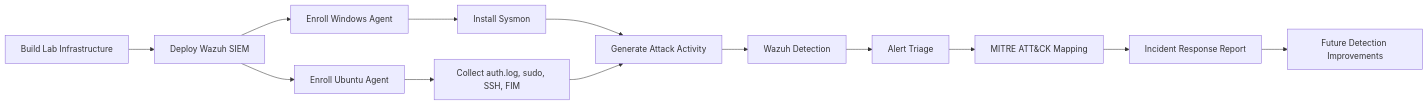
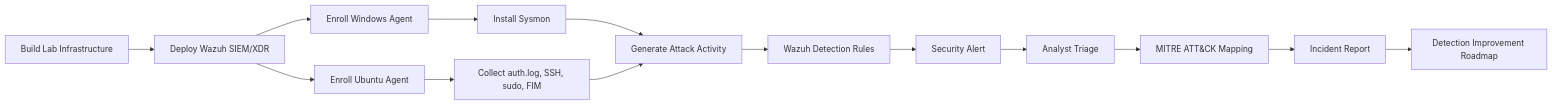
Before and after one commit to Jazz00001/enterprise-soc-lab-wazuh-mitre-detection: the first of 7 diagrams in README.md, drawn with Mermaid. The commit also changed other lines of this file, not shown here.

````diff
--- a/README.md
+++ b/README.md
@@ -116,15 +99,16 @@
 ```mermaid
 flowchart LR
-    A[Build Lab Infrastructure] --> B[Deploy Wazuh SIEM]
+    A[Build Lab Infrastructure] --> B[Deploy Wazuh SIEM/XDR]
     B --> C[Enroll Windows Agent]
     B --> D[Enroll Ubuntu Agent]
     C --> E[Install Sysmon]
-    D --> F[Collect auth.log, sudo, SSH, FIM]
+    D --> F[Collect auth.log, SSH, sudo, FIM]
     E --> G[Generate Attack Activity]
     F --> G
-    G --> H[Wazuh Detection]
-    H --> I[Alert Triage]
-    I --> J[MITRE ATT&CK Mapping]
-    J --> K[Incident Response Report]
-    K --> L[Future Detection Improvements]
+    G --> H[Wazuh Detection Rules]
+    H --> I[Security Alert]
+    I --> J[Analyst Triage]
+    J --> K[MITRE ATT&CK Mapping]
+    K --> L[Incident Report]
+    L --> M[Detection Improvement Roadmap]
 ```
````
